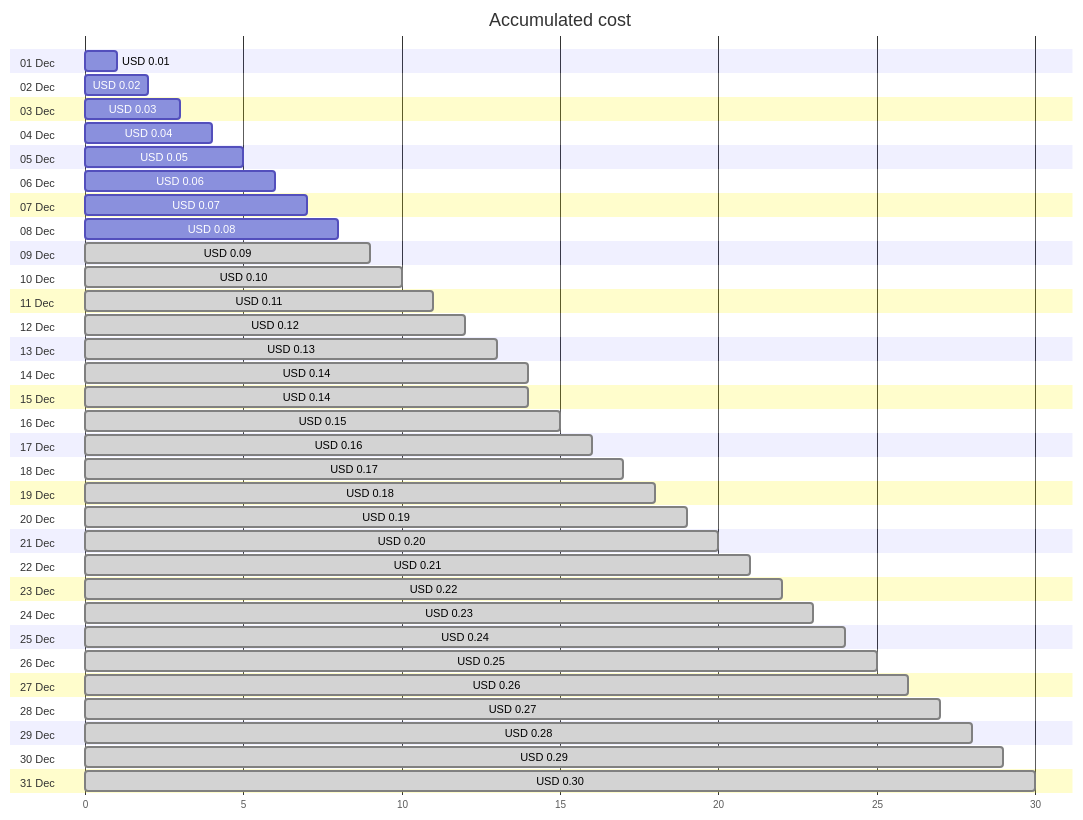
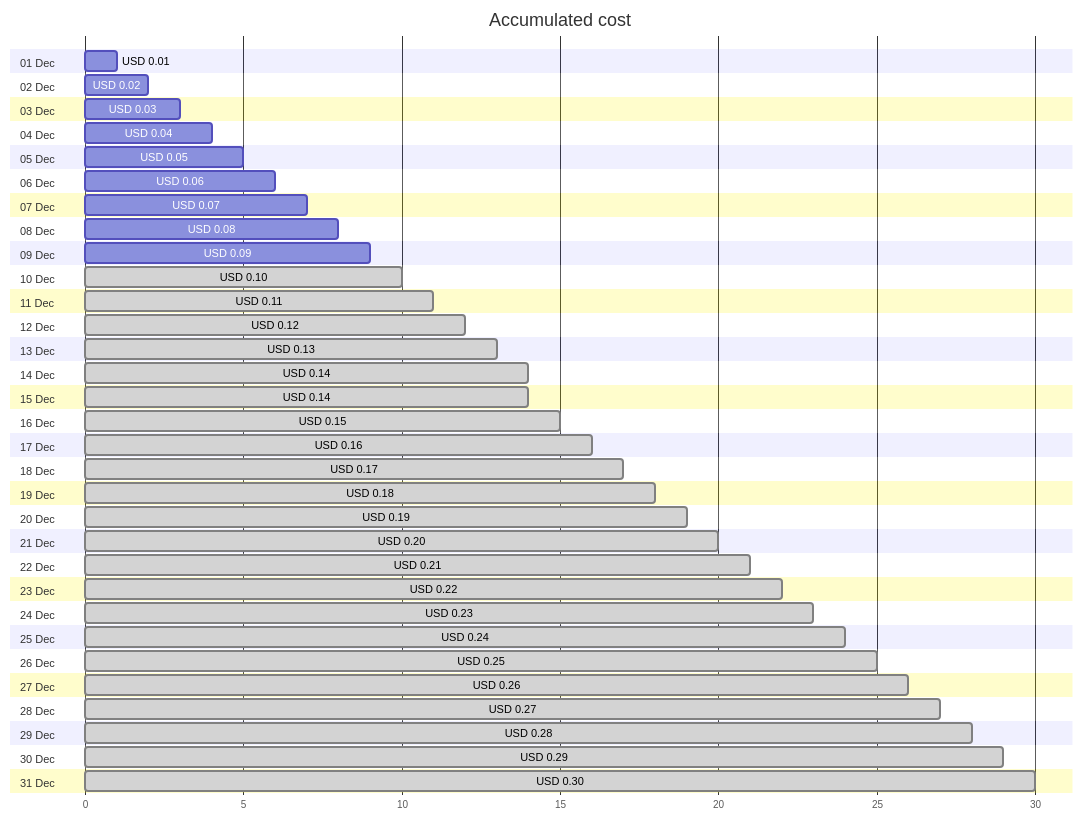
Before and after one commit to jpfulton/azure-personal-reports: the first of 4 diagrams in cost-reports/cloud-shell-storage-eastus/README.md, drawn with Mermaid. The commit also changed other lines of this file and 1 other file, not shown here.

````diff
--- a/cost-reports/cloud-shell-storage-eastus/README.md
+++ b/cost-reports/cloud-shell-storage-eastus/README.md
@@ -20,68 +20,68 @@
 ```mermaid
 gantt
    title Accumulated cost
    dateFormat  X
    axisFormat %s
    section 01 Dec
    USD 0.01 :0, 1
    section 02 Dec
    USD 0.02 :0, 2
    section 03 Dec
    USD 0.03 :0, 3
    section 04 Dec
    USD 0.04 :0, 4
    section 05 Dec
    USD 0.05 :0, 5
    section 06 Dec
    USD 0.06 :0, 6
    section 07 Dec
    USD 0.07 :0, 7
    section 08 Dec
    USD 0.08 :0, 8
    section 09 Dec
-   USD 0.09 : done, 0, 9
+   USD 0.09 :0, 9
    section 10 Dec
    USD 0.10 : done, 0, 10
    section 11 Dec
    USD 0.11 : done, 0, 11
    section 12 Dec
    USD 0.12 : done, 0, 12
    section 13 Dec
    USD 0.13 : done, 0, 13
    section 14 Dec
    USD 0.14 : done, 0, 14
    section 15 Dec
    USD 0.14 : done, 0, 14
    section 16 Dec
    USD 0.15 : done, 0, 15
    section 17 Dec
    USD 0.16 : done, 0, 16
    section 18 Dec
    USD 0.17 : done, 0, 17
    section 19 Dec
    USD 0.18 : done, 0, 18
    section 20 Dec
    USD 0.19 : done, 0, 19
    section 21 Dec
    USD 0.20 : done, 0, 20
    section 22 Dec
    USD 0.21 : done, 0, 21
    section 23 Dec
    USD 0.22 : done, 0, 22
    section 24 Dec
    USD 0.23 : done, 0, 23
    section 25 Dec
    USD 0.24 : done, 0, 24
    section 26 Dec
    USD 0.25 : done, 0, 25
    section 27 Dec
    USD 0.26 : done, 0, 26
    section 28 Dec
    USD 0.27 : done, 0, 27
    section 29 Dec
    USD 0.28 : done, 0, 28
    section 30 Dec
    USD 0.29 : done, 0, 29
    section 31 Dec
    USD 0.30 : done, 0, 30
 ```
````
